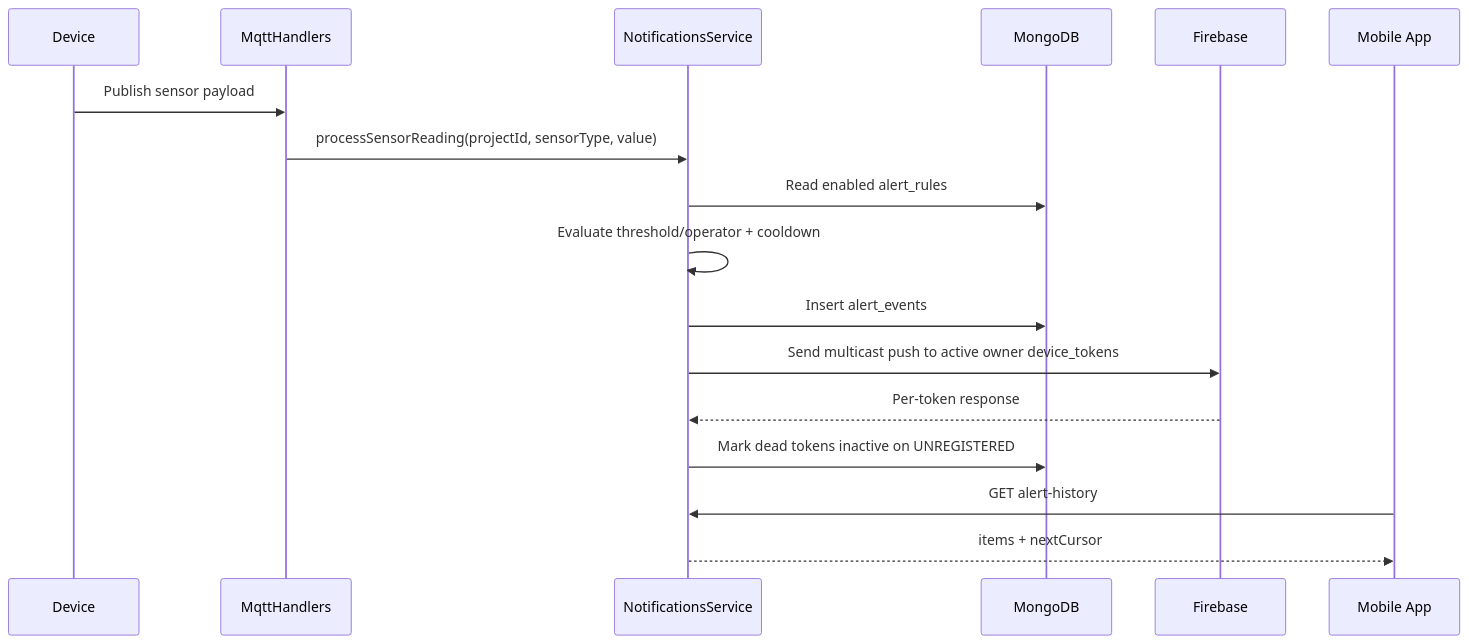
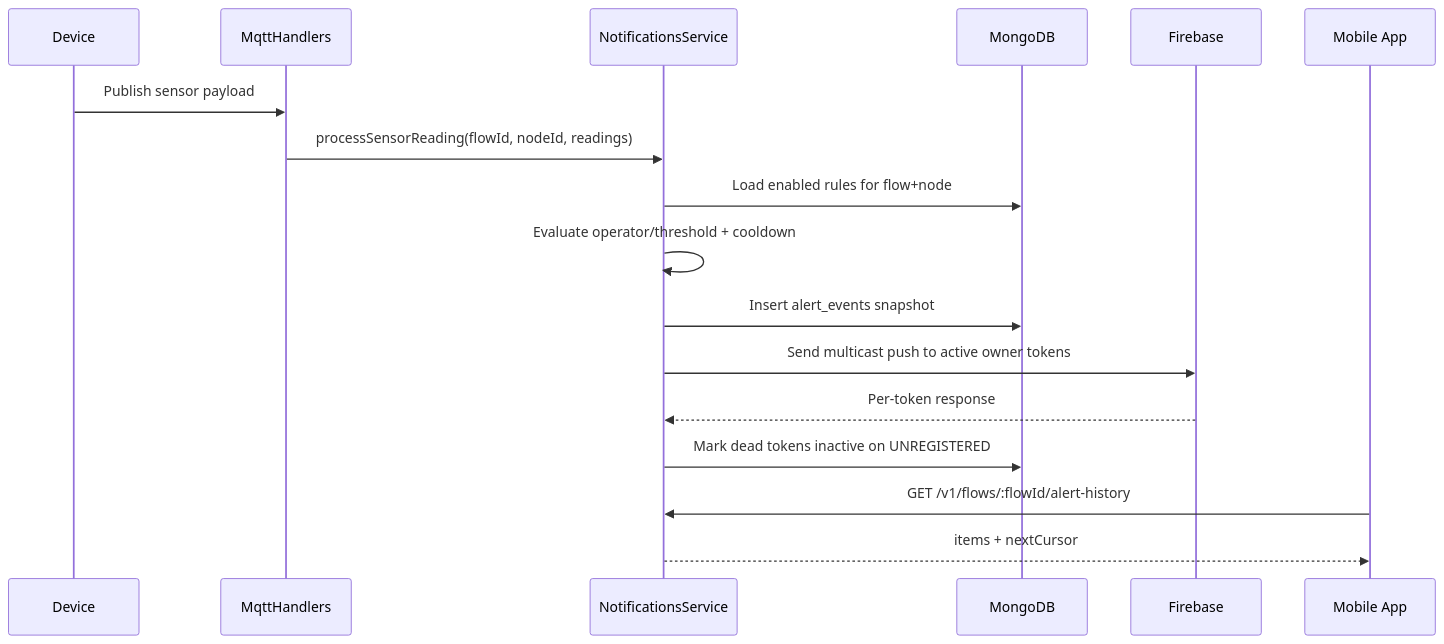
The diagram in docs/notifications-system.md (ahmed-atef-gad/nexusflow-backend), drawn with Mermaid before and after one commit. The commit also changed other lines of this file and 21 other files, not shown here.

First line of the commit message:
refactor: update notification system to use flow-based architecture

````diff
--- a/docs/notifications-system.md
+++ b/docs/notifications-system.md
@@ -19,20 +29,20 @@
 ```mermaid
 sequenceDiagram
     participant ESP as Device
     participant MQTT as MqttHandlers
     participant NS as NotificationsService
     participant DB as MongoDB
     participant FCM as Firebase
     participant App as Mobile App
 
     ESP->>MQTT: Publish sensor payload
-    MQTT->>NS: processSensorReading(projectId, sensorType, value)
-    NS->>DB: Read enabled alert_rules
-    NS->>NS: Evaluate threshold/operator + cooldown
-    NS->>DB: Insert alert_events
-    NS->>FCM: Send multicast push to active owner device_tokens
+    MQTT->>NS: processSensorReading(flowId, nodeId, readings)
+    NS->>DB: Load enabled rules for flow+node
+    NS->>NS: Evaluate operator/threshold + cooldown
+    NS->>DB: Insert alert_events snapshot
+    NS->>FCM: Send multicast push to active owner tokens
     FCM-->>NS: Per-token response
     NS->>DB: Mark dead tokens inactive on UNREGISTERED
-    App->>NS: GET alert-history
+    App->>NS: GET /v1/flows/:flowId/alert-history
     NS-->>App: items + nextCursor
 ```
````
